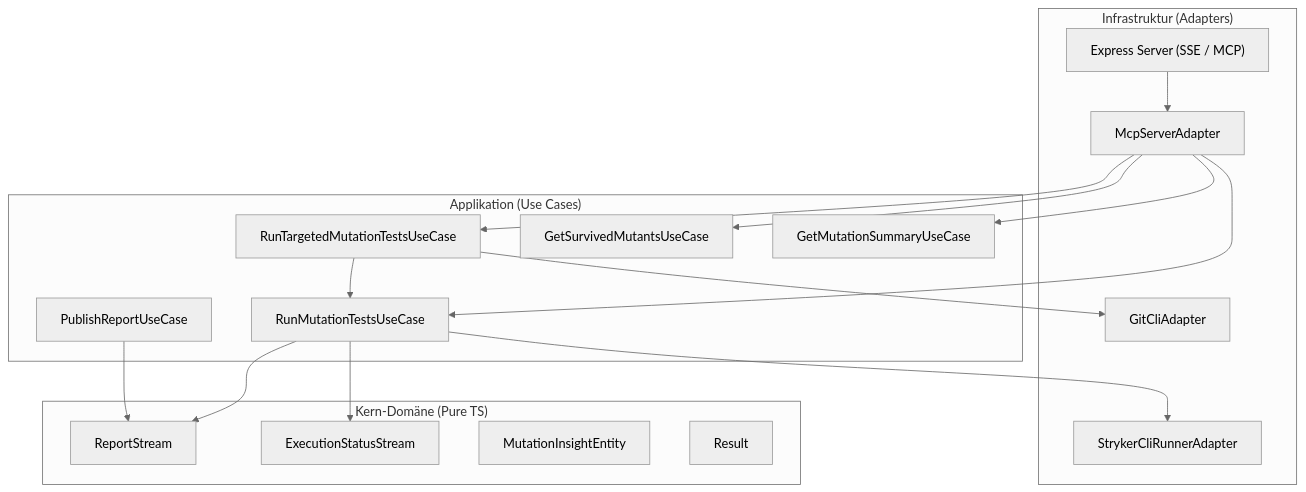
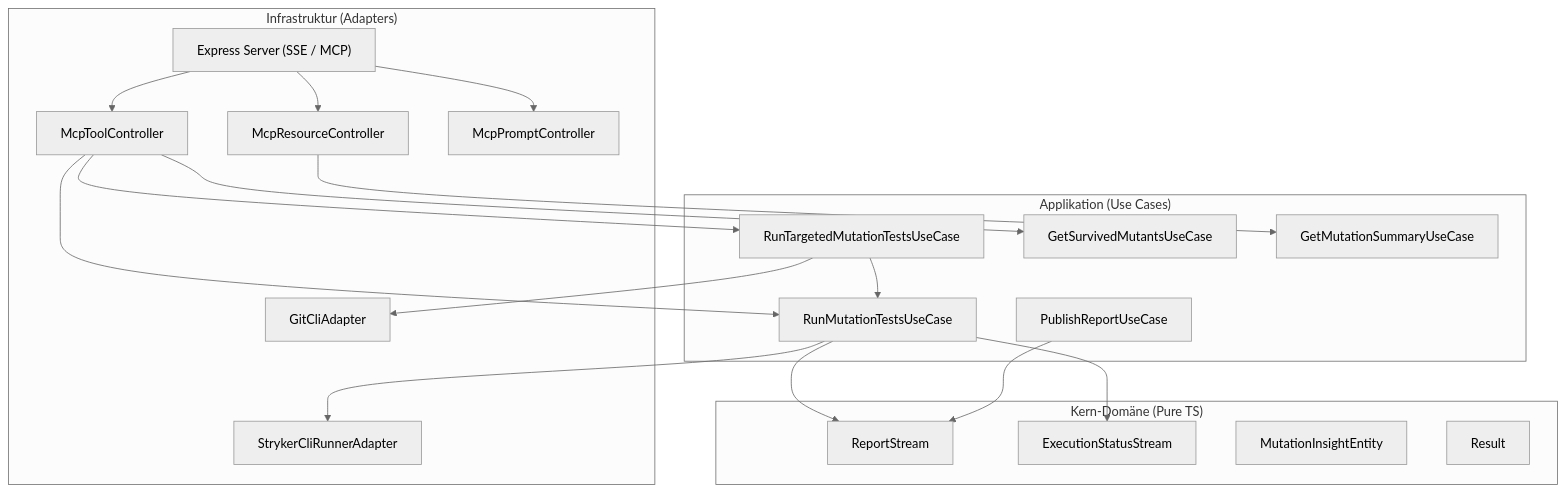
One commit to kluth/stryker-mcp-reporter changed the diagram in README.md. Above: the diagram before and after it, drawn with Mermaid (neutral theme). The commit also changed 110 other files, not shown here.

````diff
--- a/README.md
+++ b/README.md
@@ -350,38 +350,42 @@
 ```mermaid
 graph TD
     subgraph Infrastructure Layer ["Infrastruktur (Adapters)"]
         Express["Express Server (SSE / MCP)"]
-        McpAdapter["McpServerAdapter"]
+        McpResourceController["McpResourceController"]
+        McpToolController["McpToolController"]
+        McpPromptController["McpPromptController"]
         StrykerRunner["StrykerCliRunnerAdapter"]
         GitAdapter["GitCliAdapter"]
     end
 
     subgraph Application Layer ["Applikation (Use Cases)"]
         RunUC["RunMutationTestsUseCase"]
         RunTargetedUC["RunTargetedMutationTestsUseCase"]
         GetSurvivedUC["GetSurvivedMutantsUseCase"]
         GetSummaryUC["GetMutationSummaryUseCase"]
         PublishUC["PublishReportUseCase"]
     end
 
     subgraph Core Domain Layer ["Kern-Domäne (Pure TS)"]
         ReportStream["ReportStream"]
         StatusStream["ExecutionStatusStream"]
         Entity["MutationInsightEntity"]
         Result["Result<T, E>"]
     end
 
-    Express --> McpAdapter
-    McpAdapter --> RunUC
-    McpAdapter --> RunTargetedUC
-    McpAdapter --> GetSurvivedUC
-    McpAdapter --> GetSummaryUC
+    Express --> McpResourceController
+    Express --> McpToolController
+    Express --> McpPromptController
+    McpToolController --> RunUC
+    McpToolController --> RunTargetedUC
+    McpToolController --> GetSurvivedUC
+    McpResourceController --> GetSummaryUC
     
     RunUC --> ReportStream
     RunUC --> StatusStream
     RunUC --> StrykerRunner
     RunTargetedUC --> GitAdapter
     RunTargetedUC --> RunUC
     
     PublishUC --> ReportStream
 ```
````
